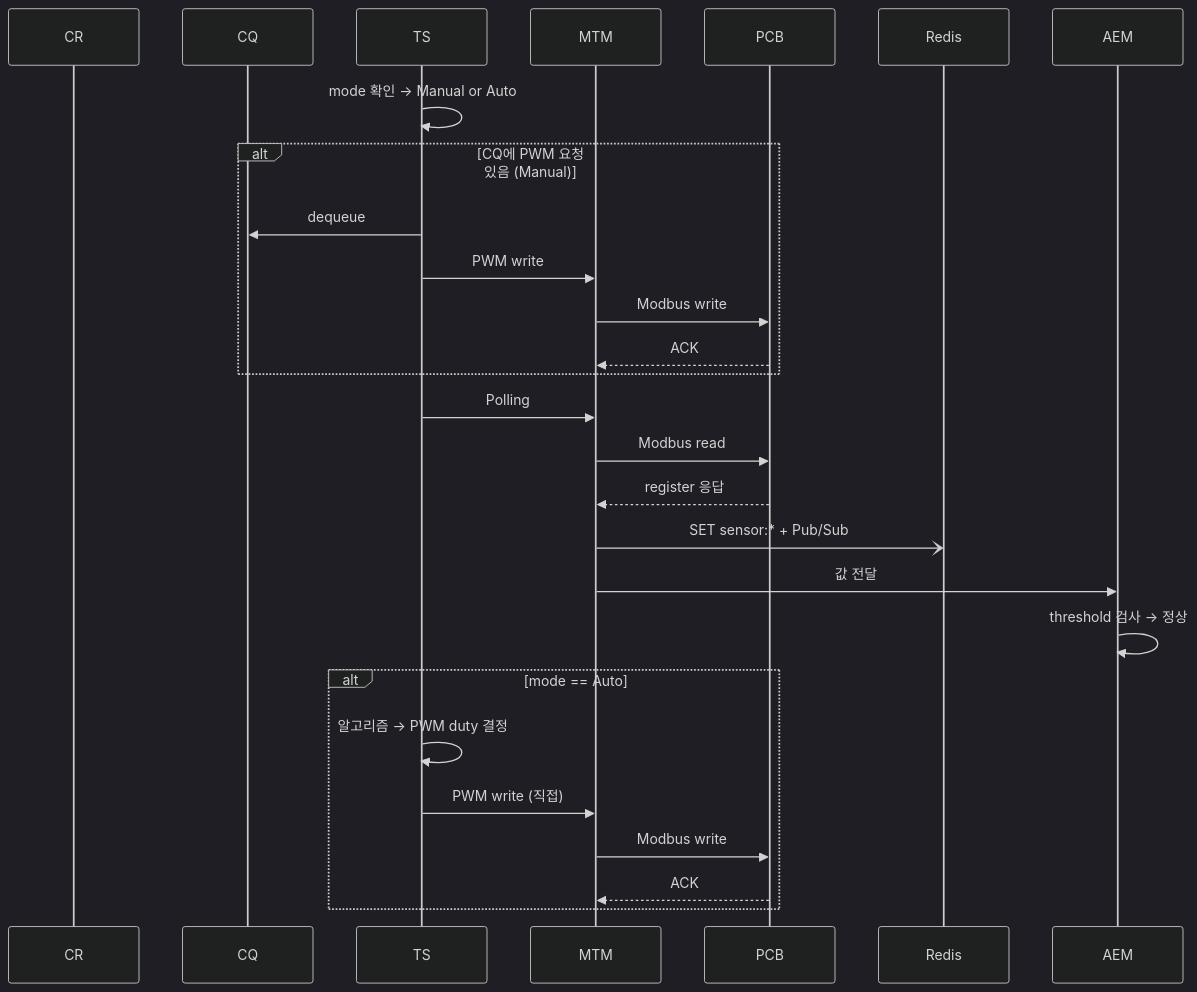
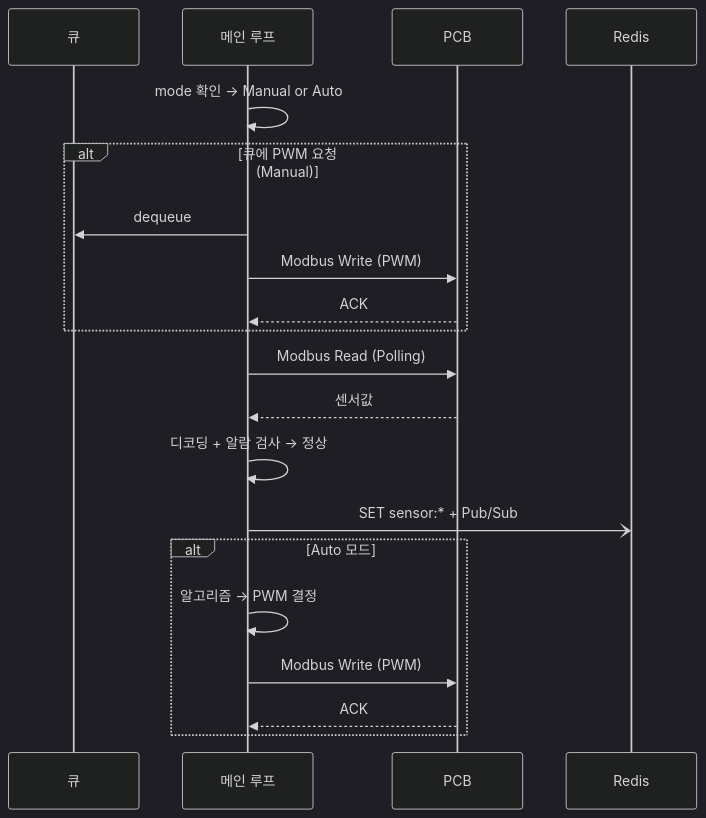
Before and after one commit to DEEPGadget/L2A_CDU_system: the first of 2 diagrams in docs/MCG.md, drawn with Mermaid (dark theme). The commit also changed other lines of this file, not shown here.

````diff
--- a/docs/MCG.md
+++ b/docs/MCG.md
@@ -129,33 +120,26 @@
 ```mermaid
 sequenceDiagram
-    participant CR as CR
-    participant CQ as CQ
-    participant TS as TS
-    participant MTM as MTM
+    participant Queue as 큐
+    participant Main as 메인 루프
     participant PCB as PCB
     participant Redis as Redis
-    participant AEM as AEM
 
-    TS->>TS: mode 확인 → Manual or Auto
+    Main->>Main: mode 확인 → Manual or Auto
 
-    alt CQ에 PWM 요청 있음 (Manual)
-        TS->>CQ: dequeue
-        TS->>MTM: PWM write
-        MTM->>PCB: Modbus write
-        PCB-->>MTM: ACK
+    alt 큐에 PWM 요청 (Manual)
+        Main->>Queue: dequeue
+        Main->>PCB: Modbus Write (PWM)
+        PCB-->>Main: ACK
     end
 
-    TS->>MTM: Polling
-    MTM->>PCB: Modbus read
-    PCB-->>MTM: register 응답
-    MTM-)Redis: SET sensor:* + Pub/Sub
-    MTM->>AEM: 값 전달
-    AEM->>AEM: threshold 검사 → 정상
+    Main->>PCB: Modbus Read (Polling)
+    PCB-->>Main: 센서값
+    Main->>Main: 디코딩 + 알람 검사 → 정상
+    Main-)Redis: SET sensor:* + Pub/Sub
 
-    alt mode == Auto
-        TS->>TS: 알고리즘 → PWM duty 결정
-        TS->>MTM: PWM write (직접)
-        MTM->>PCB: Modbus write
-        PCB-->>MTM: ACK
+    alt Auto 모드
+        Main->>Main: 알고리즘 → PWM 결정
+        Main->>PCB: Modbus Write (PWM)
+        PCB-->>Main: ACK
     end
 ```
````
